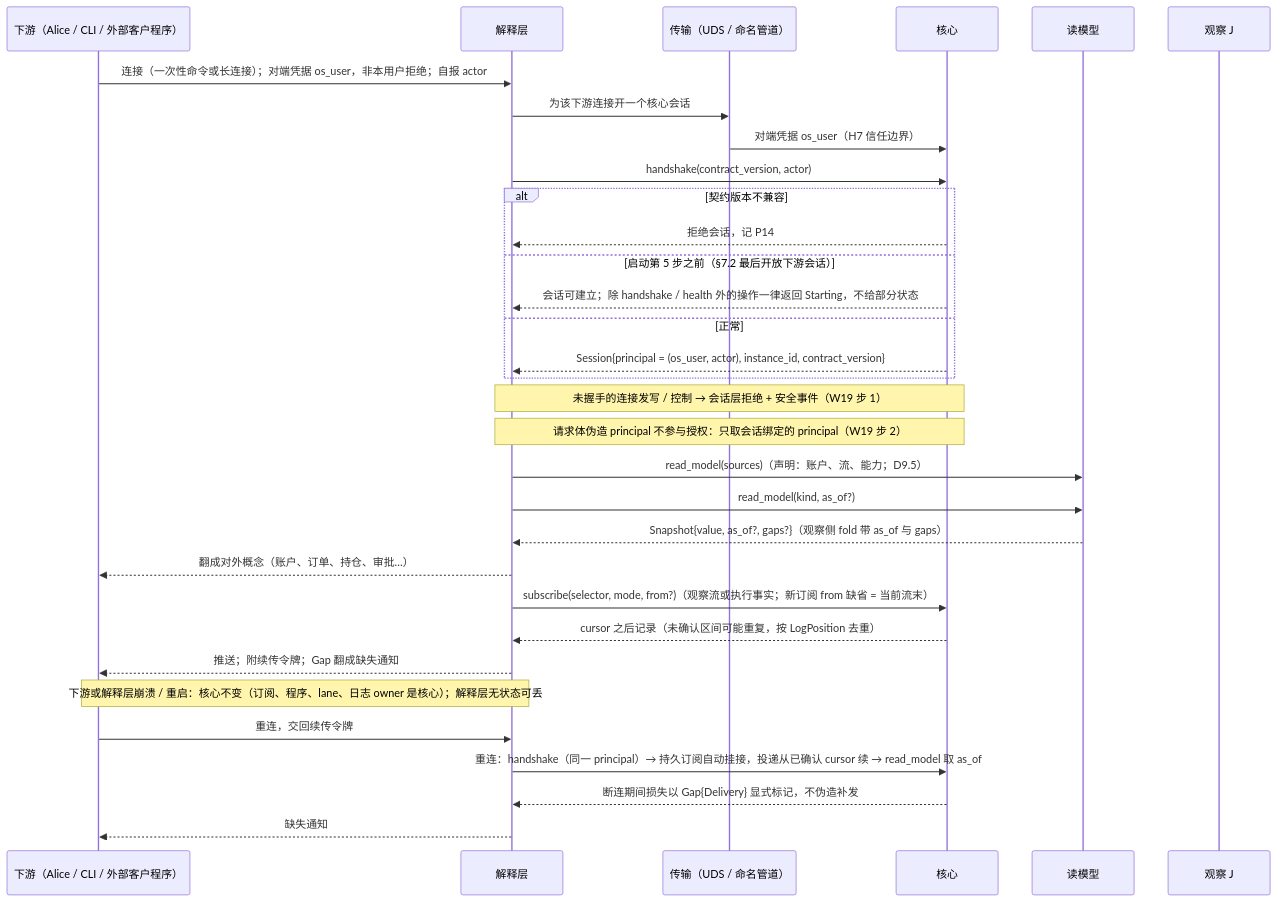
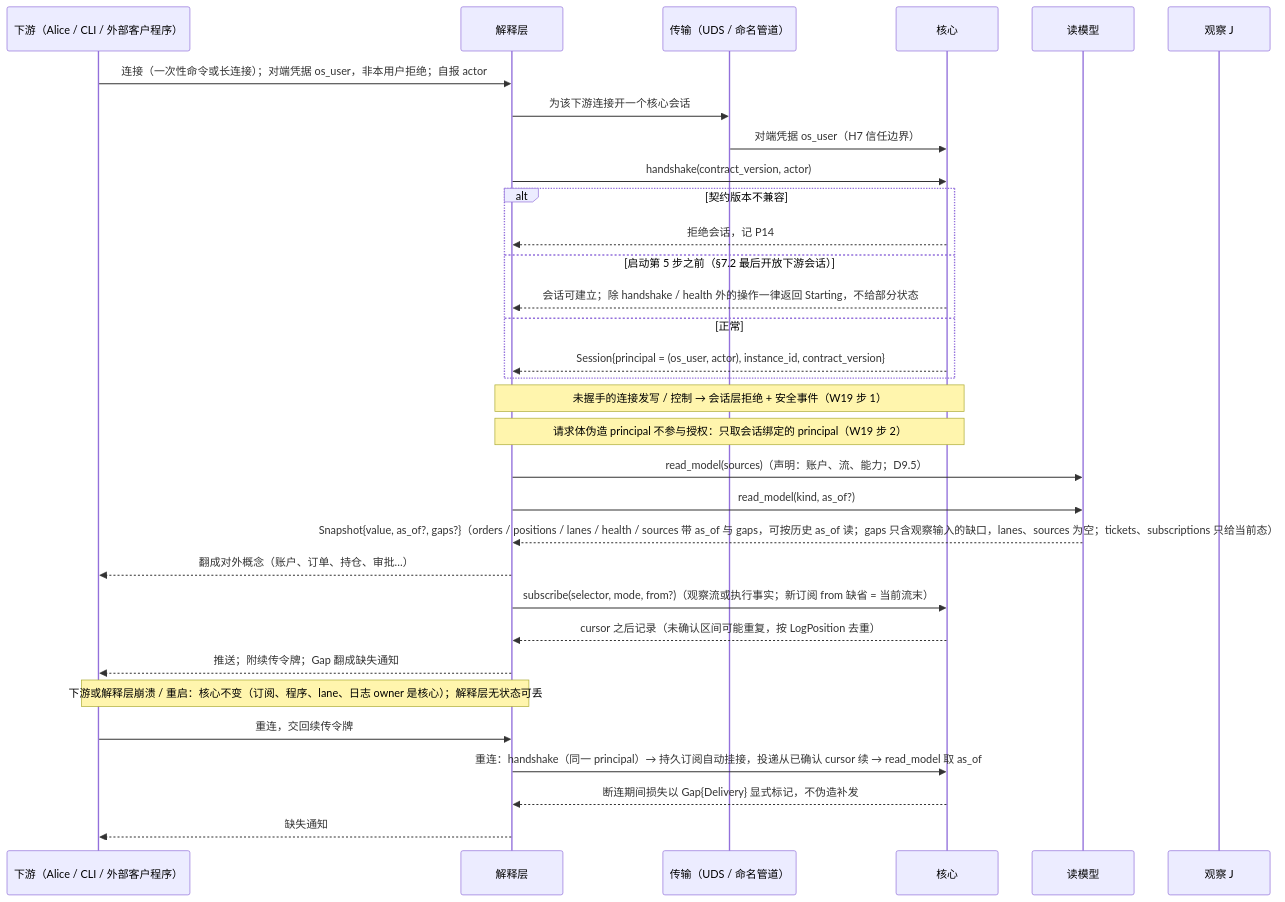
The first of 5 diagrams in design/diagrams/09-alice-session.md (mouriya-s-lab/uta), drawn with Mermaid before and after one commit. The commit also changed other lines of this file and 19 other files, not shown here.

Commit message:
design: integrate contract clusters — one-to-many receipt/reconciliation records with per-record attribution, read_model signatures per kind, unified not-called read outcomes, observation-record wording across diagrams, reference and glossary alignment

````diff
--- a/design/diagrams/09-alice-session.md
+++ b/design/diagrams/09-alice-session.md
@@ -9,34 +9,34 @@
 ```mermaid
 sequenceDiagram
   participant D as 下游（Alice / CLI / 外部客户程序）
   participant L as 解释层
   participant TR as 传输（UDS / 命名管道）
   participant C as 核心
   participant RM as 读模型
   participant J as 观察 J
   D->>L: 连接（一次性命令或长连接）；对端凭据 os_user，非本用户拒绝；自报 actor
   L->>TR: 为该下游连接开一个核心会话
   TR->>C: 对端凭据 os_user（H7 信任边界）
   L->>C: handshake(contract_version, actor)
   alt 契约版本不兼容
     C-->>L: 拒绝会话，记 P14
   else 启动第 5 步之前（§7.2 最后开放下游会话）
     C-->>L: 会话可建立；除 handshake / health 外的操作一律返回 Starting，不给部分状态
   else 正常
     C-->>L: Session{principal = (os_user, actor), instance_id, contract_version}
   end
   Note over L,C: 未握手的连接发写 / 控制 → 会话层拒绝 + 安全事件（W19 步 1）
   Note over L,C: 请求体伪造 principal 不参与授权：只取会话绑定的 principal（W19 步 2）
   L->>RM: read_model(sources)（声明：账户、流、能力；D9.5）
   L->>RM: read_model(kind, as_of?)
-  RM-->>L: Snapshot{value, as_of?, gaps?}（观察侧 fold 带 as_of 与 gaps）
+  RM-->>L: Snapshot{value, as_of?, gaps?}（orders / positions / lanes / health / sources 带 as_of 与 gaps，可按历史 as_of 读；gaps 只含观察输入的缺口，lanes、sources 为空；tickets、subscriptions 只给当前态）
   L-->>D: 翻成对外概念（账户、订单、持仓、审批…）
   L->>C: subscribe(selector, mode, from?)（观察流或执行事实；新订阅 from 缺省 = 当前流末）
   C-->>L: cursor 之后记录（未确认区间可能重复，按 LogPosition 去重）
   L-->>D: 推送；附续传令牌；Gap 翻成缺失通知
   Note over D,L: 下游或解释层崩溃 / 重启：核心不变（订阅、程序、lane、日志 owner 是核心）；解释层无状态可丢
   D->>L: 重连，交回续传令牌
   L->>C: 重连：handshake（同一 principal）→ 持久订阅自动挂接，投递从已确认 cursor 续 → read_model 取 as_of
   C-->>L: 断连期间损失以 Gap{Delivery} 显式标记，不伪造补发
   L-->>D: 缺失通知
 ```
````
